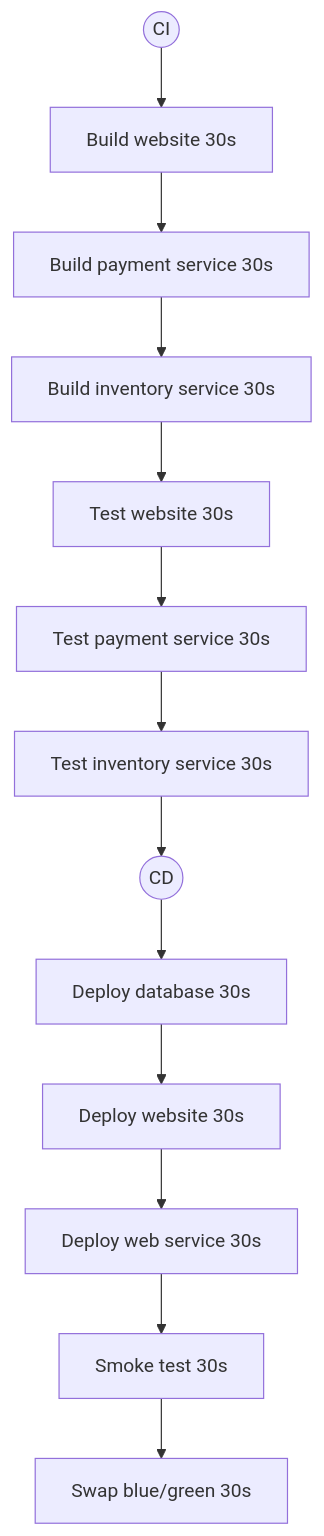
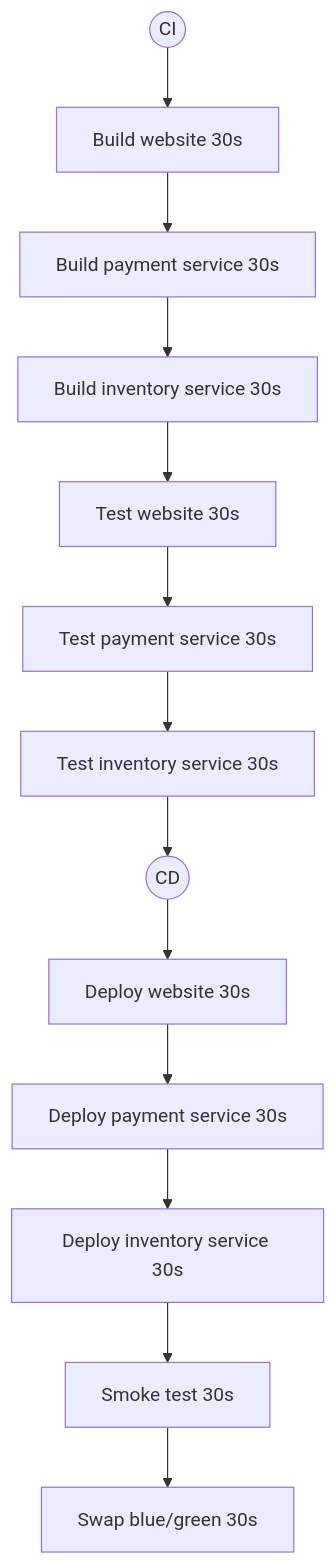
One commit to samsmithnz/ParallelPipelinesDemo changed the first of 2 diagrams in README.md. Above: the diagram before and after it, drawn with Mermaid.

````diff
--- a/README.md
+++ b/README.md
@@ -5,5 +5,5 @@
 ```mermaid
   graph TD;
       ci((CI))-->buildweb[Build website 30s]-->buildPaymentSystem[Build payment service 30s]-->buildInventoryService[Build inventory service 30s]-->testWebsite[Test website 30s]-->testsPaymentSystem[Test payment service 30s]-->testsInventorySystem[Test inventory service 30s]-->cd((CD));
-      cd((CD))-->deployDB[Deploy database 30s]-->deployWebsite[Deploy website 30s]-->deployWebService[Deploy web service 30s]-->smoke[Smoke test 30s]-->swap[Swap blue/green 30s];
+      cd((CD))-->deployWebsite[Deploy website 30s]-->deployPaymentService[Deploy payment service 30s]-->deployInventoryService[Deploy inventory service 30s]-->smoke[Smoke test 30s]-->swap[Swap blue/green 30s];
 ```
````
